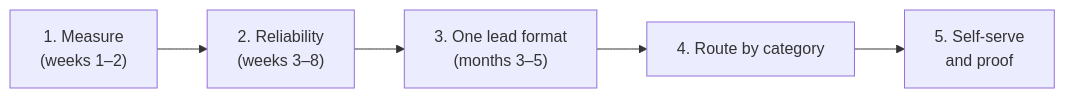
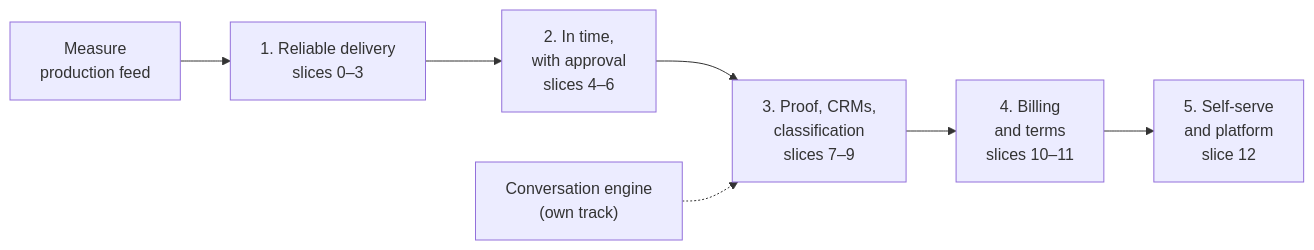
The second of 2 diagrams in docs/lead-delivery/strategy.md (cthomas76c5h/leads-integration), drawn with Mermaid before and after one commit. The commit also changed other lines of this file and 51 other files, not shown here.

````diff
--- a/docs/lead-delivery/strategy.md
+++ b/docs/lead-delivery/strategy.md
@@ -168,4 +171,5 @@
 ```mermaid
 flowchart LR
-  M["1. Measure<br/>(weeks 1–2)"] --> R["2. Reliability<br/>(weeks 3–8)"] --> F["3. One lead format<br/>(months 3–5)"] --> C["4. Route by category"] --> S["5. Self-serve<br/>and proof"]
+  M["Measure<br/>production feed"] --> R["1. Reliable delivery<br/>slices 0–3"] --> T["2. In time,<br/>with approval<br/>slices 4–6"] --> P["3. Proof, CRMs,<br/>classification<br/>slices 7–9"] --> B["4. Billing<br/>and terms<br/>slices 10–11"] --> S["5. Self-serve<br/>and platform<br/>slice 12"]
+  E["Conversation engine<br/>(own track)"] -.-> P
 ```
````
